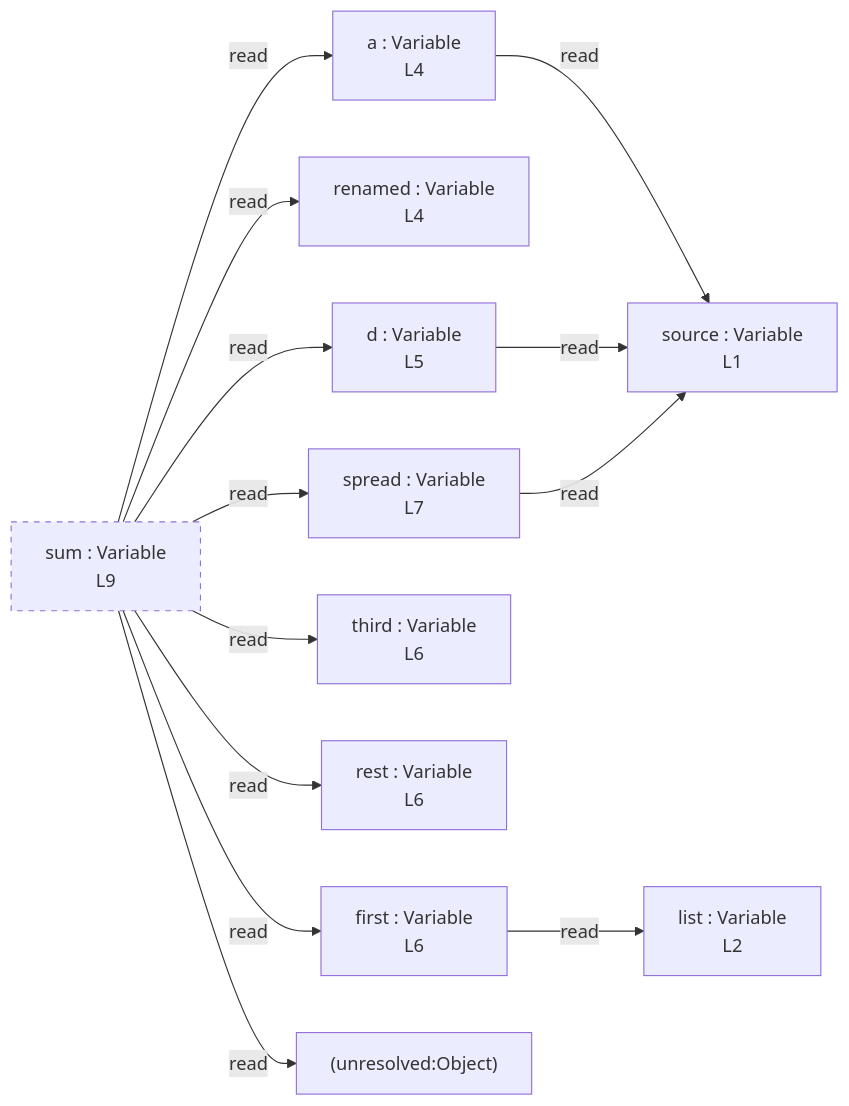
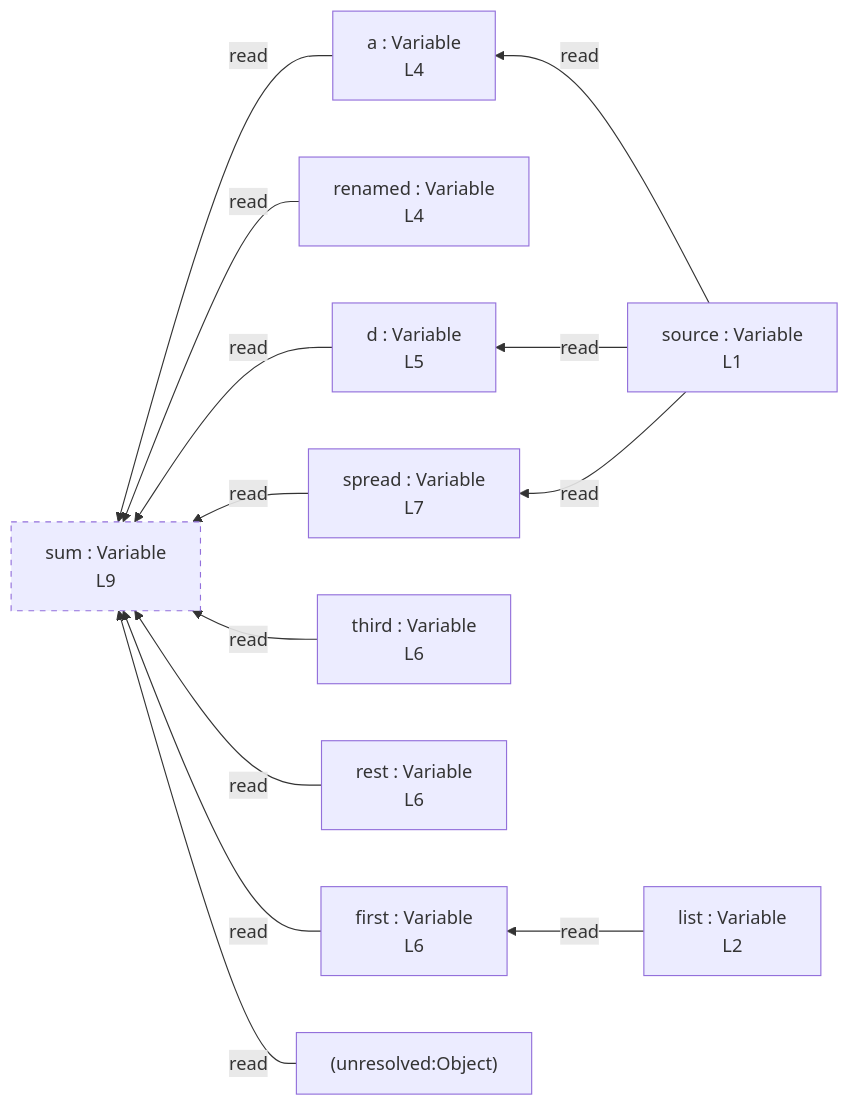
One commit to crescware/unsnarl changed the diagram in integration/fixtures/destructuring/preview.md. Above: the diagram before and after it, drawn with Mermaid. The commit also changed 27 other files, not shown here.

First line of the commit message:
feat(mermaid): subgraphs + RL layout + dataflow arrows

````diff
--- a/integration/fixtures/destructuring/preview.md
+++ b/integration/fixtures/destructuring/preview.md
@@ -19,28 +19,28 @@
 ```mermaid
-flowchart LR
+flowchart RL
   n_scope_0_source_6["source : Variable\nL1"]
   n_scope_0_list_61["list : Variable\nL2"]
   n_scope_0_a_95["a : Variable\nL4"]
   n_scope_0_renamed_101["renamed : Variable\nL4"]
   n_scope_0_d_139["d : Variable\nL5"]
   n_scope_0_first_162["first : Variable\nL6"]
   n_scope_0_third_171["third : Variable\nL6"]
   n_scope_0_rest_181["rest : Variable\nL6"]
   n_scope_0_spread_206["spread : Variable\nL7"]
   n_scope_0_sum_232["sum : Variable\nL9"]
   n_scope_0_Object_286["(unresolved:Object)"]
-  n_scope_0_a_95 -->|read| n_scope_0_source_6
-  n_scope_0_d_139 -->|read| n_scope_0_source_6
-  n_scope_0_first_162 -->|read| n_scope_0_list_61
-  n_scope_0_spread_206 -->|read| n_scope_0_source_6
-  n_scope_0_sum_232 -->|read| n_scope_0_a_95
-  n_scope_0_sum_232 -->|read| n_scope_0_renamed_101
-  n_scope_0_sum_232 -->|read| n_scope_0_d_139
-  n_scope_0_sum_232 -->|read| n_scope_0_first_162
-  n_scope_0_sum_232 -->|read| n_scope_0_third_171
-  n_scope_0_sum_232 -->|read| n_scope_0_rest_181
-  n_scope_0_sum_232 -->|read| n_scope_0_Object_286
-  n_scope_0_sum_232 -->|read| n_scope_0_spread_206
+  n_scope_0_source_6 -->|read| n_scope_0_a_95
+  n_scope_0_source_6 -->|read| n_scope_0_d_139
+  n_scope_0_list_61 -->|read| n_scope_0_first_162
+  n_scope_0_source_6 -->|read| n_scope_0_spread_206
+  n_scope_0_a_95 -->|read| n_scope_0_sum_232
+  n_scope_0_renamed_101 -->|read| n_scope_0_sum_232
+  n_scope_0_d_139 -->|read| n_scope_0_sum_232
+  n_scope_0_first_162 -->|read| n_scope_0_sum_232
+  n_scope_0_third_171 -->|read| n_scope_0_sum_232
+  n_scope_0_rest_181 -->|read| n_scope_0_sum_232
+  n_scope_0_Object_286 -->|read| n_scope_0_sum_232
+  n_scope_0_spread_206 -->|read| n_scope_0_sum_232
   classDef unused stroke-dasharray: 5 5;
   class n_scope_0_sum_232 unused;
 ```
````
